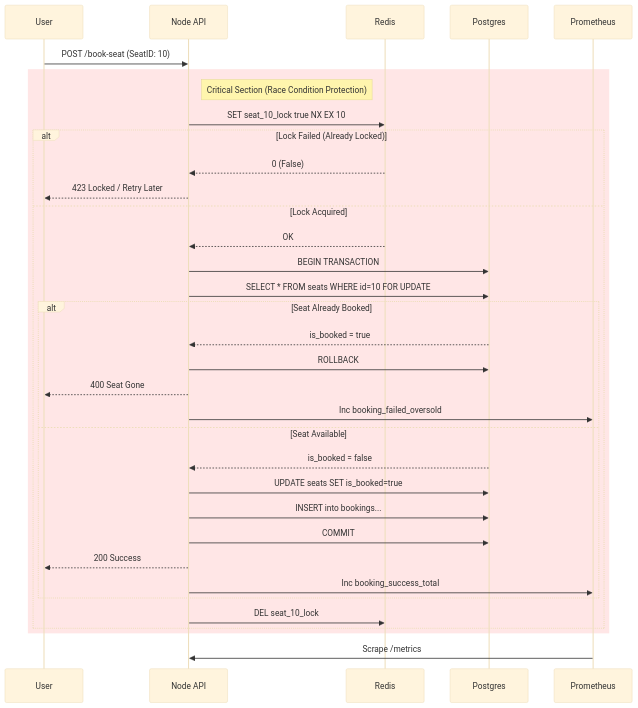
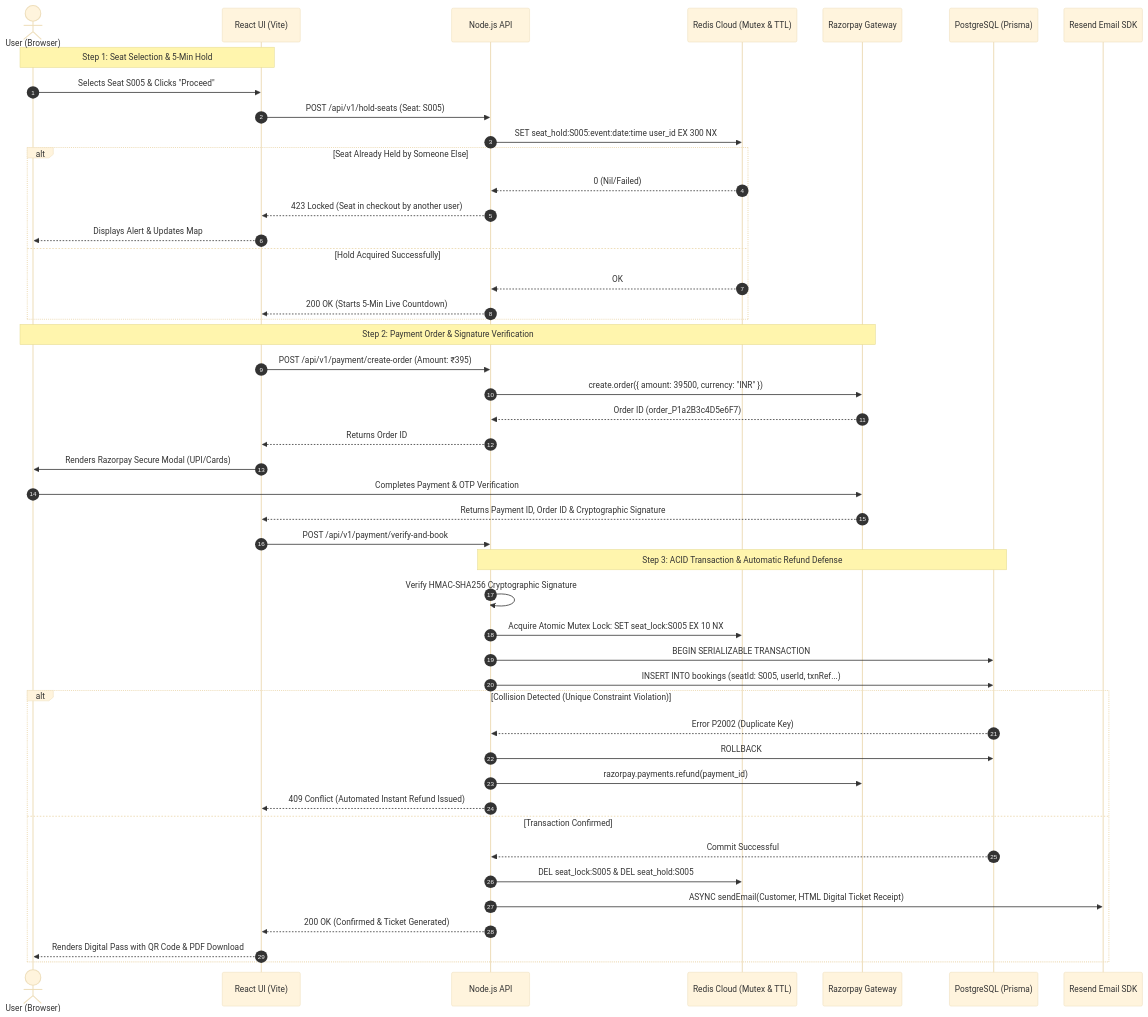
Before and after one commit to SreeAditya-Dev/TicketRush: the diagram in README.md, drawn with Mermaid (base theme). The commit also changed other lines of this file, not shown here.

First line of the commit message:
feat(checkout): implement 5-minute Redis reservation timer and update architectural README

````diff
--- a/README.md
+++ b/README.md
@@ -98,41 +77,52 @@
 ```mermaid
 sequenceDiagram
-    participant User
-    participant API as Node API
-    participant Redis
-    participant DB as Postgres
-    participant Metrics as Prometheus
+    autonumber
+    actor Customer as User (Browser)
+    participant UI as React UI (Vite)
+    participant API as Node.js API
+    participant Redis as Redis Cloud (Mutex & TTL)
+    participant RZP as Razorpay Gateway
+    participant DB as PostgreSQL (Prisma)
+    participant Resend as Resend Email SDK
 
-    User->>API: POST /book-seat (SeatID: 10)
-    
-    rect rgb(255, 230, 230)
-    Note right of API: Critical Section (Race Condition Protection)
-    API->>Redis: SET seat_10_lock true NX EX 10
-    alt Lock Failed (Already Locked)
-        Redis-->>API: 0 (False)
-        API-->>User: 423 Locked / Retry Later
-    else Lock Acquired
+    Note over Customer,UI: Step 1: Seat Selection & 5-Min Hold
+    Customer->>UI: Selects Seat S005 & Clicks "Proceed"
+    UI->>API: POST /api/v1/hold-seats (Seat: S005)
+    API->>Redis: SET seat_hold:S005:event:date:time user_id EX 300 NX
+    alt Seat Already Held by Someone Else
+        Redis-->>API: 0 (Nil/Failed)
+        API-->>UI: 423 Locked (Seat in checkout by another user)
+        UI-->>Customer: Displays Alert & Updates Map
+    else Hold Acquired Successfully
         Redis-->>API: OK
-        API->>DB: BEGIN TRANSACTION
-        API->>DB: SELECT * FROM seats WHERE id=10 FOR UPDATE
-        
-        alt Seat Already Booked
-            DB-->>API: is_booked = true
-            API->>DB: ROLLBACK
-            API-->>User: 400 Seat Gone
-            API->>Metrics: Inc booking_failed_oversold
-        else Seat Available
-            DB-->>API: is_booked = false
-            API->>DB: UPDATE seats SET is_booked=true
-            API->>DB: INSERT into bookings...
-            API->>DB: COMMIT
-            API-->>User: 200 Success
-            API->>Metrics: Inc booking_success_total
-        end
-        
-        API->>Redis: DEL seat_10_lock
+        API-->>UI: 200 OK (Starts 5-Min Live Countdown)
     end
+
+    Note over Customer,RZP: Step 2: Payment Order & Signature Verification
+    UI->>API: POST /api/v1/payment/create-order (Amount: ₹395)
+    API->>RZP: create.order({ amount: 39500, currency: "INR" })
+    RZP-->>API: Order ID (order_P1a2B3c4D5e6F7)
+    API-->>UI: Returns Order ID
+    UI->>Customer: Renders Razorpay Secure Modal (UPI/Cards)
+    Customer->>RZP: Completes Payment & OTP Verification
+    RZP-->>UI: Returns Payment ID, Order ID & Cryptographic Signature
+    UI->>API: POST /api/v1/payment/verify-and-book
+
+    Note over API,DB: Step 3: ACID Transaction & Automatic Refund Defense
+    API->>API: Verify HMAC-SHA256 Cryptographic Signature
+    API->>Redis: Acquire Atomic Mutex Lock: SET seat_lock:S005 EX 10 NX
+    API->>DB: BEGIN SERIALIZABLE TRANSACTION
+    API->>DB: INSERT INTO bookings (seatId: S005, userId, txnRef...)
+    alt Collision Detected (Unique Constraint Violation)
+        DB-->>API: Error P2002 (Duplicate Key)
+        API->>DB: ROLLBACK
+        API->>RZP: razorpay.payments.refund(payment_id)
+        API-->>UI: 409 Conflict (Automated Instant Refund Issued)
+    else Transaction Confirmed
+        DB-->>API: Commit Successful
+        API->>Redis: DEL seat_lock:S005 & DEL seat_hold:S005
+        API->>Resend: ASYNC sendEmail(Customer, HTML Digital Ticket Receipt)
+        API-->>UI: 200 OK (Confirmed & Ticket Generated)
+        UI-->>Customer: Renders Digital Pass with QR Code & PDF Download
     end
-    
-    Metrics->>API: Scrape /metrics
 ```
````
